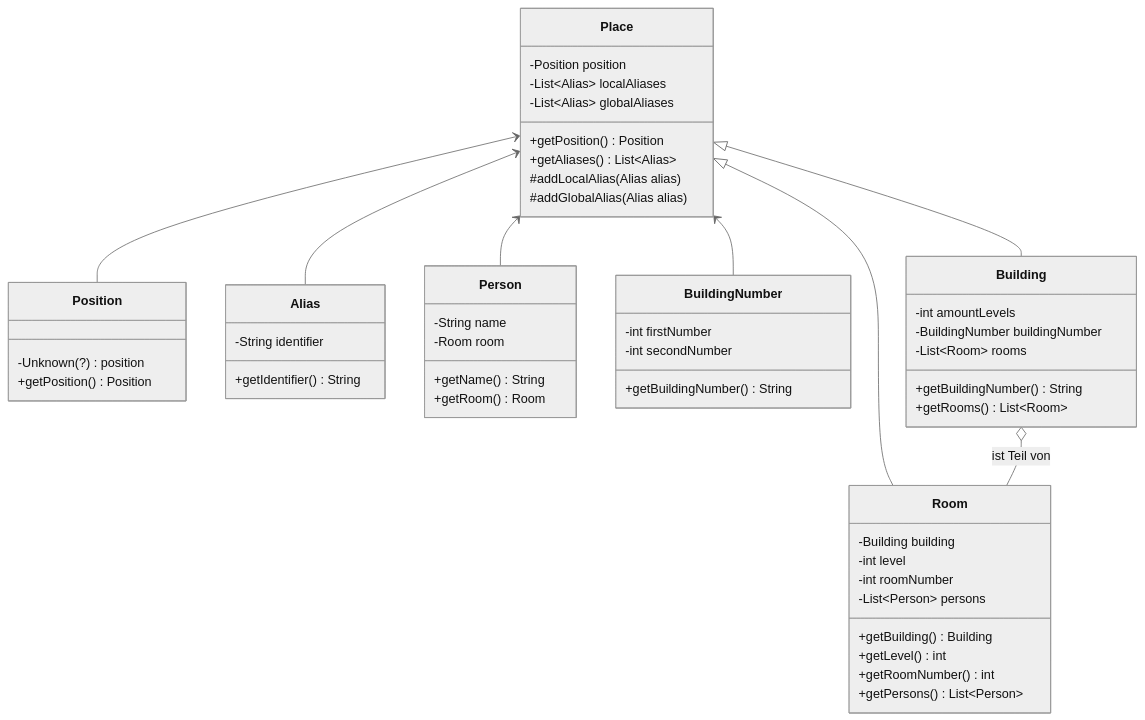
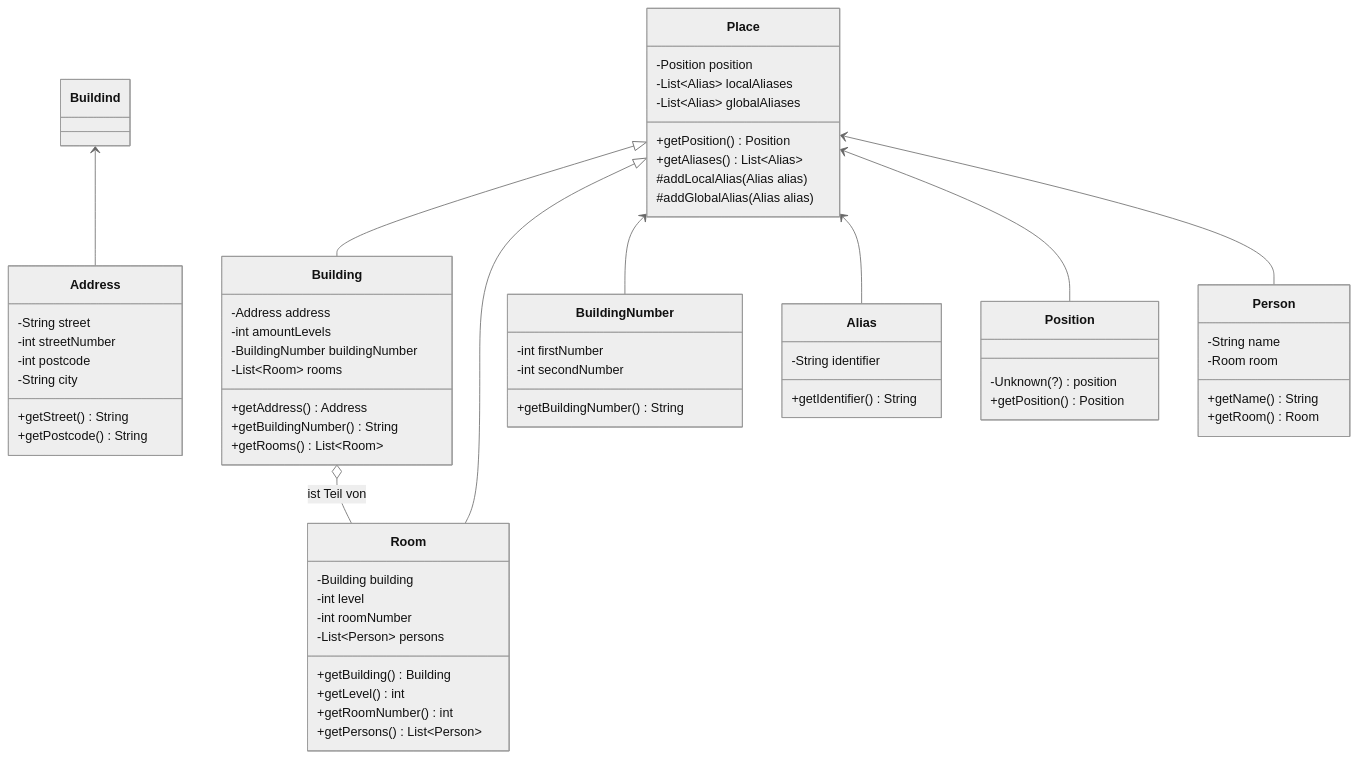
The diagram in Textuelle_Beschreibung/Grundbausteine/index.md (coderPaddyS/PSE_G3_Entwurf), drawn with Mermaid (neutral theme) before and after one commit. The commit also changed 1 other file, not shown here.

Commit message:
Added methode getRooms in class Buildings in Grundbausteine.

````diff
--- a/Textuelle_Beschreibung/Grundbausteine/index.md
+++ b/Textuelle_Beschreibung/Grundbausteine/index.md
@@ -1,64 +1,76 @@
 ```mermaid
 classDiagram
     class Position {
         -Unknown(?) position
         +getPosition() Position
+    }
+
+    class Address {
+        -String street
+        -int streetNumber
+        -int postcode
+        -String city
+        +getStreet() String
+        +getPostcode() String
     }
 
     class Alias {
         -String identifier
         +getIdentifier() String
     }
 
     class Person {
         -String name
         -Room room
         +getName() String
         +getRoom() Room
     }
 
     class BuildingNumber {
         -int firstNumber
         -int secondNumber
         +getBuildingNumber() String
     }
 
     class Place {
         -Position position
         -List~Alias~ localAliases
         -List~Alias~ globalAliases
         +getPosition() Position
         +getAliases() List~Alias~
         #addLocalAlias(Alias alias)
         #addGlobalAlias(Alias alias)
     }
 
     class Building {
+        -Address address
         -int amountLevels
         -BuildingNumber buildingNumber
         -List~Room~ rooms
+        +getAddress() Address
         +getBuildingNumber() String
         +getRooms() List~Room~
     }
 
     class Room {
         -Building building
         -int level
         -int roomNumber
         -List~Person~ persons
         +getBuilding() Building
         +getLevel() int
         +getRoomNumber() int
         +getPersons() List~Person~
     }
 
 
     Place <|-- Building
     Place <|-- Room
     Building o-- Room : ist Teil von
     Place <-- BuildingNumber
     Place <-- Alias
     Place <-- Position
     Place <-- Person
+    Buildind <-- Address
 
 ```
````
